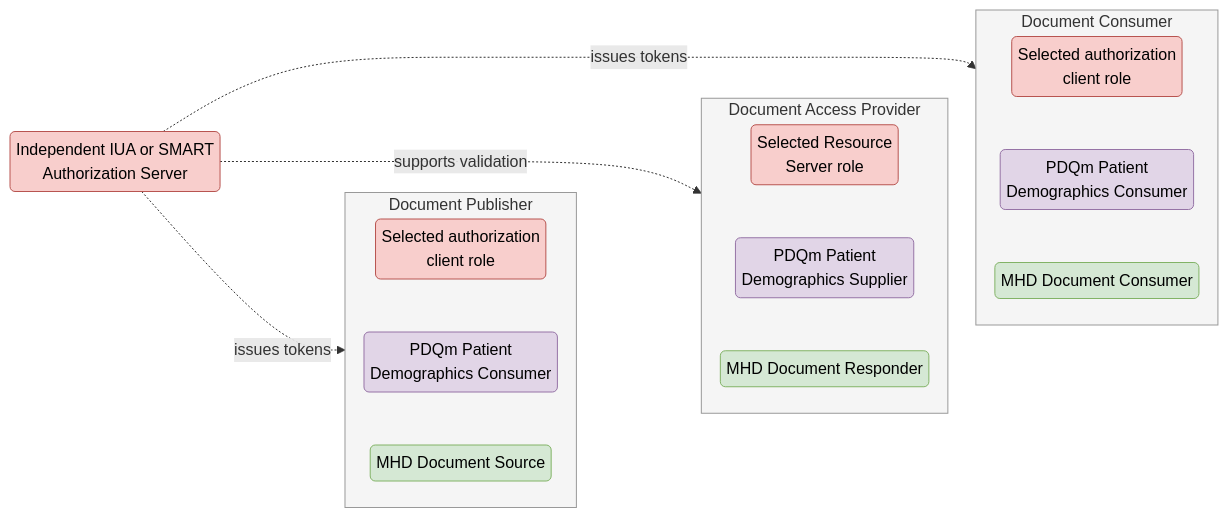
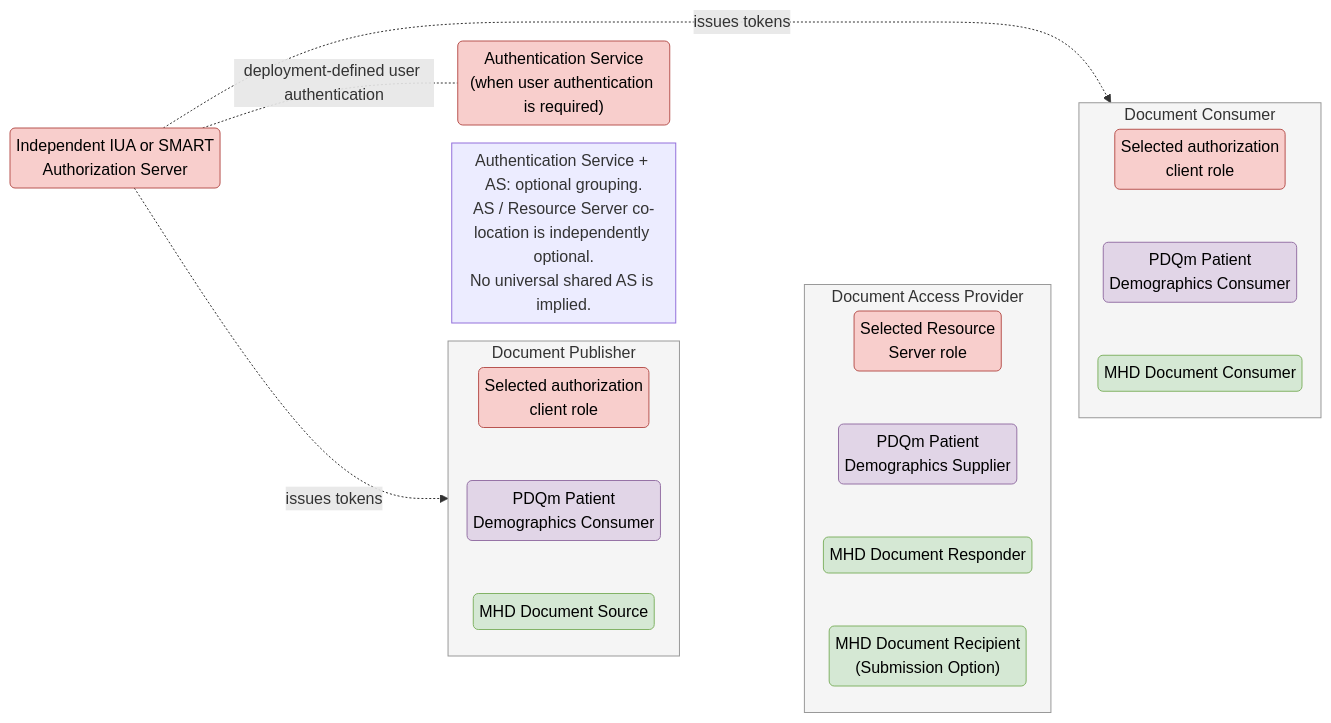
The diagram in input/images-source/docExchange_2.mmd (euridice-org/eu-health-data-api), drawn with Mermaid before and after one commit. The commit also changed 21 other files, not shown here.

```diff
--- a/input/images-source/docExchange_2.mmd
+++ b/input/images-source/docExchange_2.mmd
@@ -1,41 +1,45 @@
 %% Document Exchange - Actor Groupings (Figure 5, actors.html)
-%% Regenerate: mmdc -i docExchange_2.mmd -o ../images/docExchange_2.png -b white -s 3 -p /tmp/pptr.json
+%% Alternative Mermaid view; the published SVG is generated from docExchange_2.plantuml.
 %%{init: {'flowchart': {'nodeSpacing': 18, 'rankSpacing': 28, 'padding': 6}}}%%
 flowchart LR
     subgraph Publisher["Document Publisher"]
         direction TB
         P1("Selected authorization<br/>client role")
         P2("PDQm Patient<br/>Demographics Consumer")
         P3("MHD Document Source")
         P1 ~~~ P2 ~~~ P3
     end
     subgraph Provider["Document Access Provider"]
         direction TB
         R1("Selected Resource<br/>Server role")
         R2("PDQm Patient<br/>Demographics Supplier")
         R3("MHD Document Responder")
-        R1 ~~~ R2 ~~~ R3
+        R4("MHD Document Recipient<br/>(Submission Option)")
+        R1 ~~~ R2 ~~~ R3 ~~~ R4
     end
     subgraph Consumer["Document Consumer"]
         direction TB
         C1("Selected authorization<br/>client role")
         C2("PDQm Patient<br/>Demographics Consumer")
         C3("MHD Document Consumer")
         C1 ~~~ C2 ~~~ C3
     end
     AS("Independent IUA or SMART<br/>Authorization Server")
+    AuthN("Authentication Service<br/>(when user authentication is required)")
+    Note["Authentication Service + AS: optional grouping.<br/>AS / Resource Server co-location is independently optional.<br/>No universal shared AS is implied."]
 
     Publisher ~~~ Provider ~~~ Consumer
     AS -. "issues tokens" .-> P1
     AS -. "issues tokens" .-> C1
-    AS -. "supports validation" .-> R1
+    AS -.-|"deployment-defined user authentication"| AuthN
+    AS ~~~ Note
 
     classDef auth fill:#f8cecc,stroke:#b85450,color:#000000;
     classDef pdqm fill:#e1d5e7,stroke:#9673a6,color:#000000;
     classDef mhd fill:#d5e8d4,stroke:#82b366,color:#000000;
-    class P1,R1,C1,AS auth;
+    class P1,R1,C1,AS,AuthN auth;
     class P2,R2,C2 pdqm;
-    class P3,R3,C3 mhd;
+    class P3,R3,R4,C3 mhd;
     style Publisher fill:#f5f5f5,stroke:#999999,color:#333333;
     style Provider fill:#f5f5f5,stroke:#999999,color:#333333;
     style Consumer fill:#f5f5f5,stroke:#999999,color:#333333;
```
